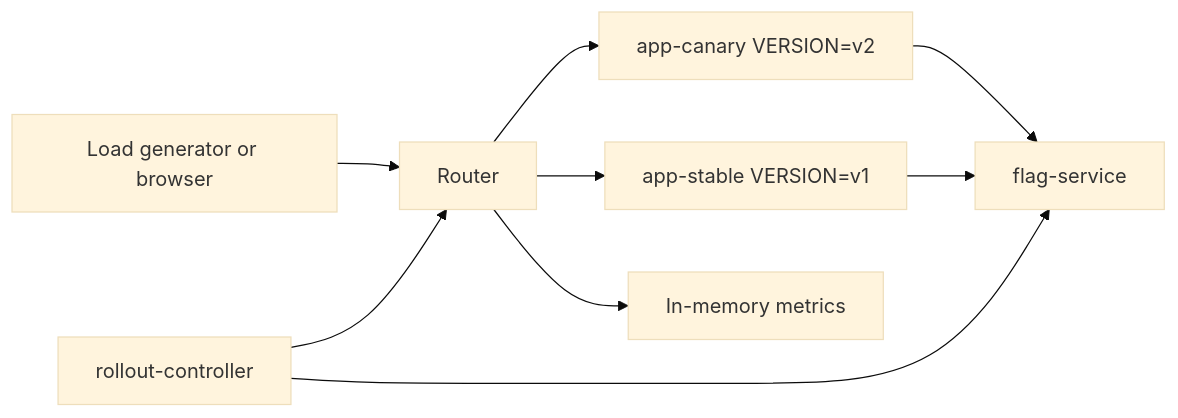
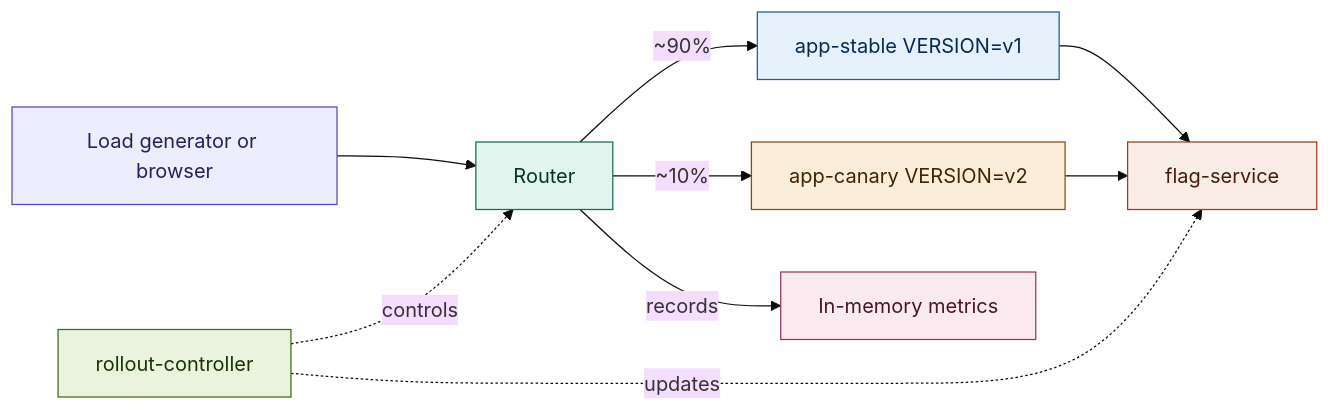
One commit to Anupkp19/Progressive-canary-lab changed the diagram in README.md. Above: the diagram before and after it, drawn with Mermaid (base theme). The commit also changed other lines of this file and 2 other files, not shown here.

````diff
--- a/README.md
+++ b/README.md
@@ -9,11 +9,19 @@
 ```mermaid
 flowchart LR
     users[Load generator or browser] --> router[Router]
-    router --> stable[app-stable VERSION=v1]
-    router --> canary[app-canary VERSION=v2]
-    canary --> flags[flag-service]
-    stable --> flags
-    controller[rollout-controller] --> router
-    controller --> flags
-    router --> metrics[In-memory metrics]
+    router -->|~90%| stable[app-stable VERSION=v1]
+    router -->|~10%| canary[app-canary VERSION=v2]
+    stable --> flags[flag-service]
+    canary --> flags
+    controller[rollout-controller] -.->|controls| router
+    controller -.->|updates| flags
+    router -->|records| metrics[In-memory metrics]
+
+    style users fill:#EEEDFE,stroke:#534AB7,color:#26215C
+    style router fill:#E1F5EE,stroke:#0F6E56,color:#04342C
+    style stable fill:#E6F1FB,stroke:#185FA5,color:#042C53
+    style canary fill:#FAEEDA,stroke:#854F0B,color:#412402
+    style flags fill:#FAECE7,stroke:#993C1D,color:#4A1B0C
+    style controller fill:#EAF3DE,stroke:#3B6D11,color:#173404
+    style metrics fill:#FBEAF0,stroke:#993556,color:#4B1528
 ```
````
